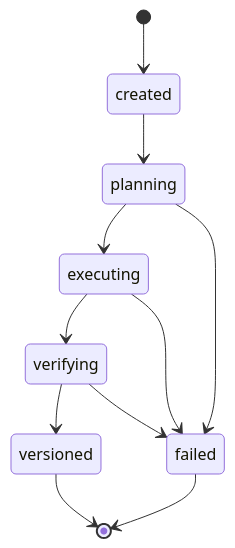
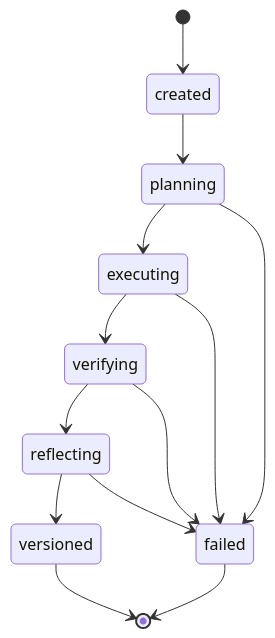
The diagram in docs/build-state-machine.md (Mingyu-Xu-98/personal-wiki), drawn with Mermaid before and after one commit. The commit also changed other lines of this file and 28 other files, not shown here.

````diff
--- a/docs/build-state-machine.md
+++ b/docs/build-state-machine.md
@@ -5,13 +5,15 @@
 ```mermaid
 stateDiagram-v2
   [*] --> created
   created --> planning
   planning --> executing
   executing --> verifying
-  verifying --> versioned
+  verifying --> reflecting
+  reflecting --> versioned
   planning --> failed
   executing --> failed
   verifying --> failed
+  reflecting --> failed
   versioned --> [*]
   failed --> [*]
 ```
````
